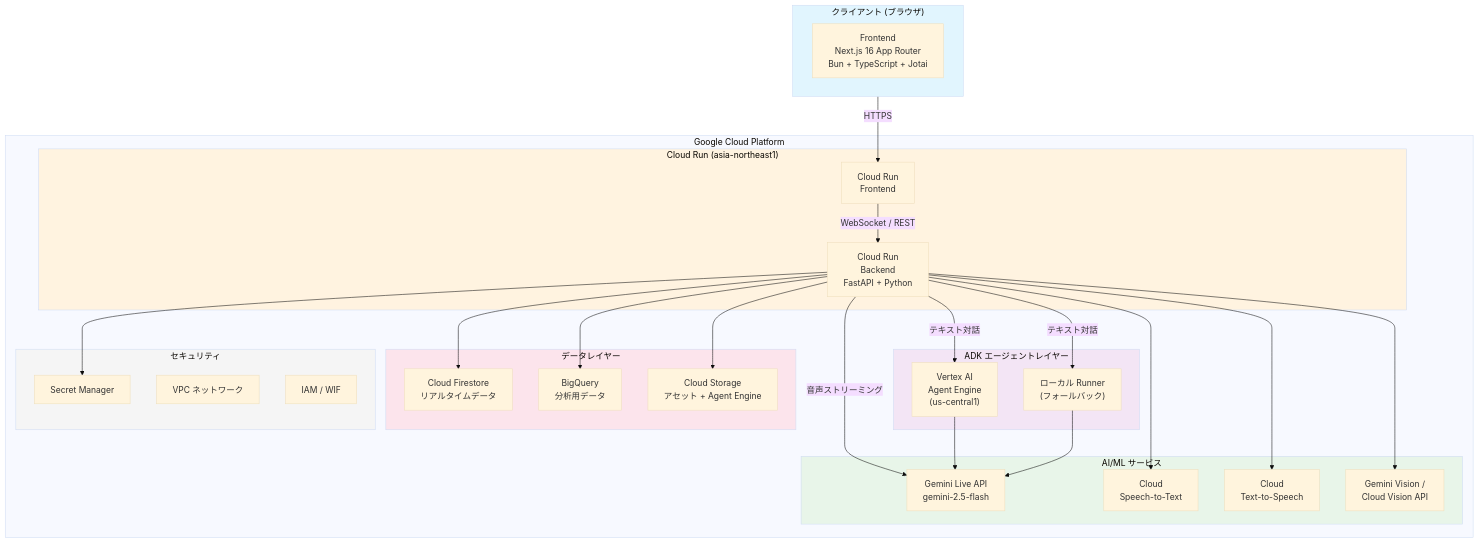
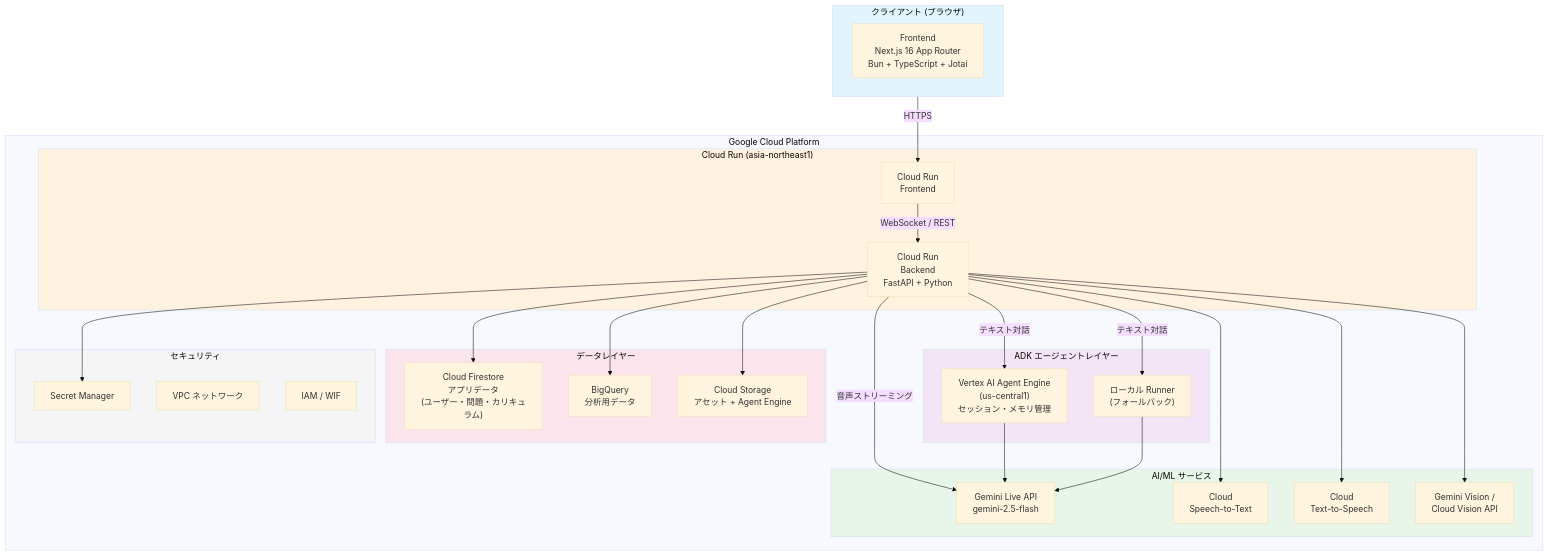
Before and after one commit to arakitakashi/homework-coach-robo: the first of 6 diagrams in README.md, drawn with Mermaid (base theme). The commit also changed other lines of this file and 3 other files, not shown here.

First line of the commit message:
docs: アーキテクチャ図・ドキュメントのデータレイヤー記述を修正

````diff
--- a/README.md
+++ b/README.md
@@ -11,59 +11,59 @@
 ```mermaid
 graph TB
   subgraph Client["クライアント (ブラウザ)"]
     FE["Frontend<br/>Next.js 16 App Router<br/>Bun + TypeScript + Jotai"]
   end
 
   subgraph GCP["Google Cloud Platform"]
     subgraph CloudRun["Cloud Run (asia-northeast1)"]
       CR_FE["Cloud Run<br/>Frontend"]
       CR_BE["Cloud Run<br/>Backend<br/>FastAPI + Python"]
     end
 
     subgraph ADKLayer["ADK エージェントレイヤー"]
-      AE["Vertex AI<br/>Agent Engine<br/>(us-central1)"]
+      AE["Vertex AI Agent Engine<br/>(us-central1)<br/>セッション・メモリ管理"]
       LR["ローカル Runner<br/>(フォールバック)"]
     end
 
     subgraph AIServices["AI/ML サービス"]
       GEMINI["Gemini Live API<br/>gemini-2.5-flash"]
       STT["Cloud<br/>Speech-to-Text"]
       TTS["Cloud<br/>Text-to-Speech"]
       VISION["Gemini Vision /<br/>Cloud Vision API"]
     end
 
     subgraph DataLayer["データレイヤー"]
-      FS["Cloud Firestore<br/>リアルタイムデータ"]
+      FS["Cloud Firestore<br/>アプリデータ<br/>(ユーザー・問題・カリキュラム)"]
       BQ["BigQuery<br/>分析用データ"]
       GCS["Cloud Storage<br/>アセット + Agent Engine"]
     end
 
     subgraph Security["セキュリティ"]
       SM["Secret Manager"]
       VPC["VPC ネットワーク"]
       IAM["IAM / WIF"]
     end
   end
 
   Client -- "HTTPS" --> CR_FE
   CR_FE -- "WebSocket / REST" --> CR_BE
   CR_BE -- "テキスト対話" --> AE
   CR_BE -- "テキスト対話" --> LR
   CR_BE -- "音声ストリーミング" --> GEMINI
   AE --> GEMINI
   LR --> GEMINI
   CR_BE --> STT
   CR_BE --> TTS
   CR_BE --> VISION
   CR_BE --> FS
   CR_BE --> BQ
   CR_BE --> GCS
   CR_BE --> SM
 
   style Client fill:#e1f5fe
   style CloudRun fill:#fff3e0
   style ADKLayer fill:#f3e5f5
   style AIServices fill:#e8f5e9
   style DataLayer fill:#fce4ec
   style Security fill:#f5f5f5
 ```
````
